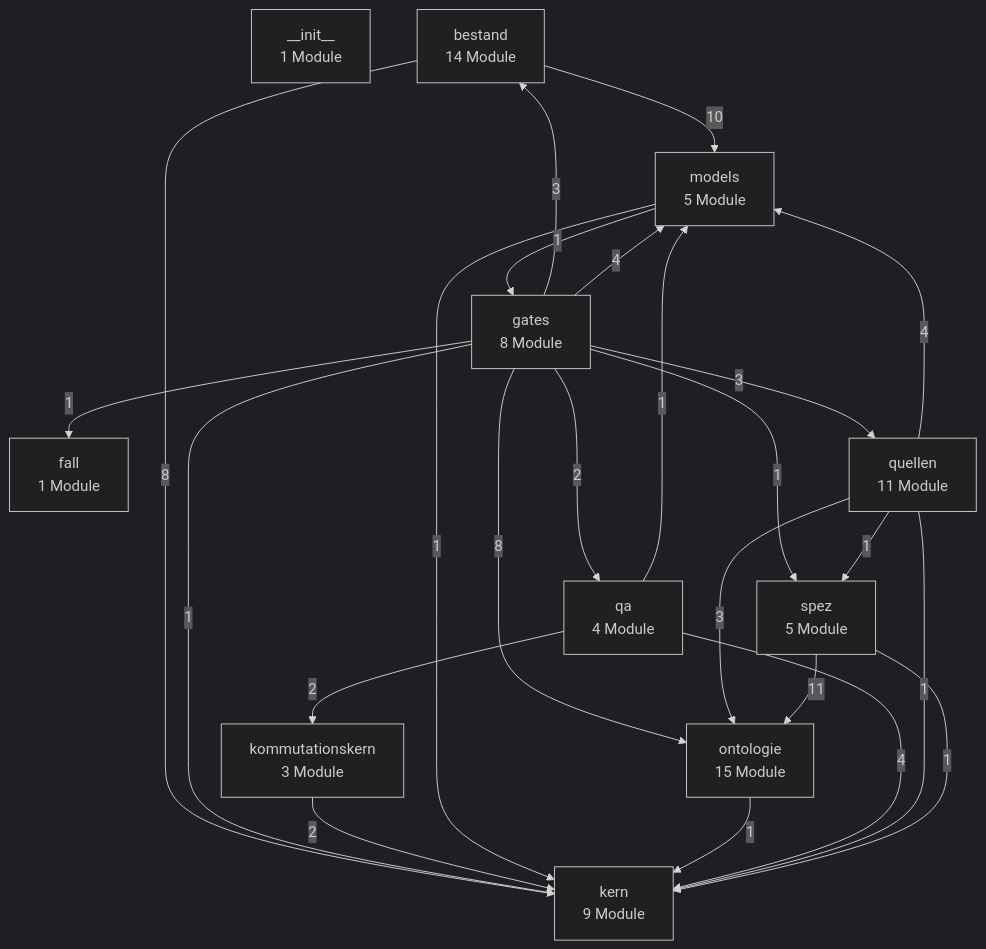
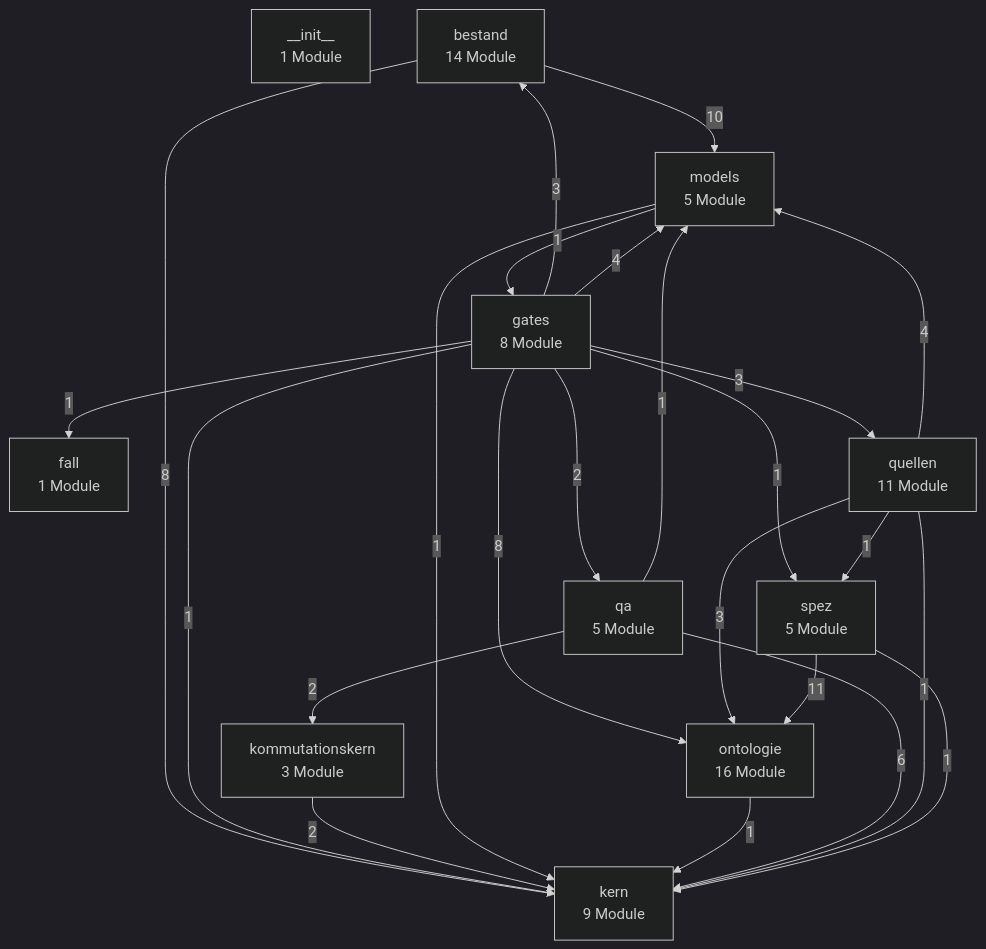
One commit to bartlmac/rechner-pipeline changed the first of 3 diagrams in docs/architektur/landkarte.md. Above: the diagram before and after it, drawn with Mermaid (dark theme). The commit also changed other lines of this file, not shown here.

Commit message:
docs: Landkarte nach P5/P6-Modulen regeneriert (Drift-Test hatte angeschlagen)
Der vorige Commit lief erneut trotz rotem Drift-Test durch — Commit im
selben Befehlsblock wie die Suite. Ab jetzt: Suite abwarten, dann
committen, getrennte Schritte.

Generated with Claude Code

````diff
--- a/docs/architektur/landkarte.md
+++ b/docs/architektur/landkarte.md
@@ -27,38 +27,38 @@
 ```mermaid
 %% Schichten — erzeugt von ontologie.landkarte
 flowchart TD
     n__init__["__init__<br/>1 Module"]
     bestand["bestand<br/>14 Module"]
     fall["fall<br/>1 Module"]
     gates["gates<br/>8 Module"]
     kern["kern<br/>9 Module"]
     kommutationskern["kommutationskern<br/>3 Module"]
     models["models<br/>5 Module"]
-    ontologie["ontologie<br/>15 Module"]
-    qa["qa<br/>4 Module"]
+    ontologie["ontologie<br/>16 Module"]
+    qa["qa<br/>5 Module"]
     quellen["quellen<br/>11 Module"]
     spez["spez<br/>5 Module"]
     bestand -- 8 --> kern
     bestand -- 10 --> models
     gates -- 3 --> bestand
     gates -- 1 --> fall
     gates -- 1 --> kern
     gates -- 4 --> models
     gates -- 8 --> ontologie
     gates -- 2 --> qa
     gates -- 3 --> quellen
     gates -- 1 --> spez
     kommutationskern -- 2 --> kern
     models -- 1 --> gates
     models -- 1 --> kern
     ontologie -- 1 --> kern
-    qa -- 4 --> kern
+    qa -- 6 --> kern
     qa -- 2 --> kommutationskern
     qa -- 1 --> models
     quellen -- 1 --> kern
     quellen -- 4 --> models
     quellen -- 3 --> ontologie
     quellen -- 1 --> spez
     spez -- 1 --> kern
     spez -- 11 --> ontologie
 ```
````
